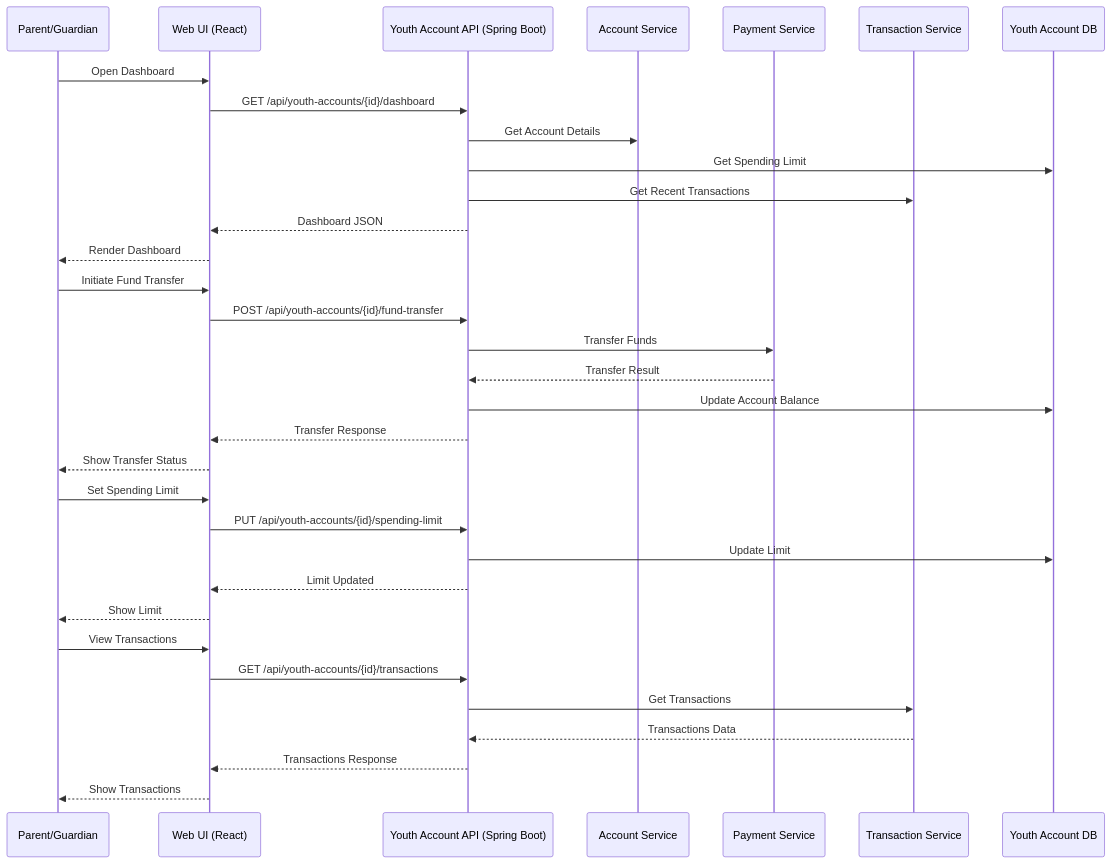
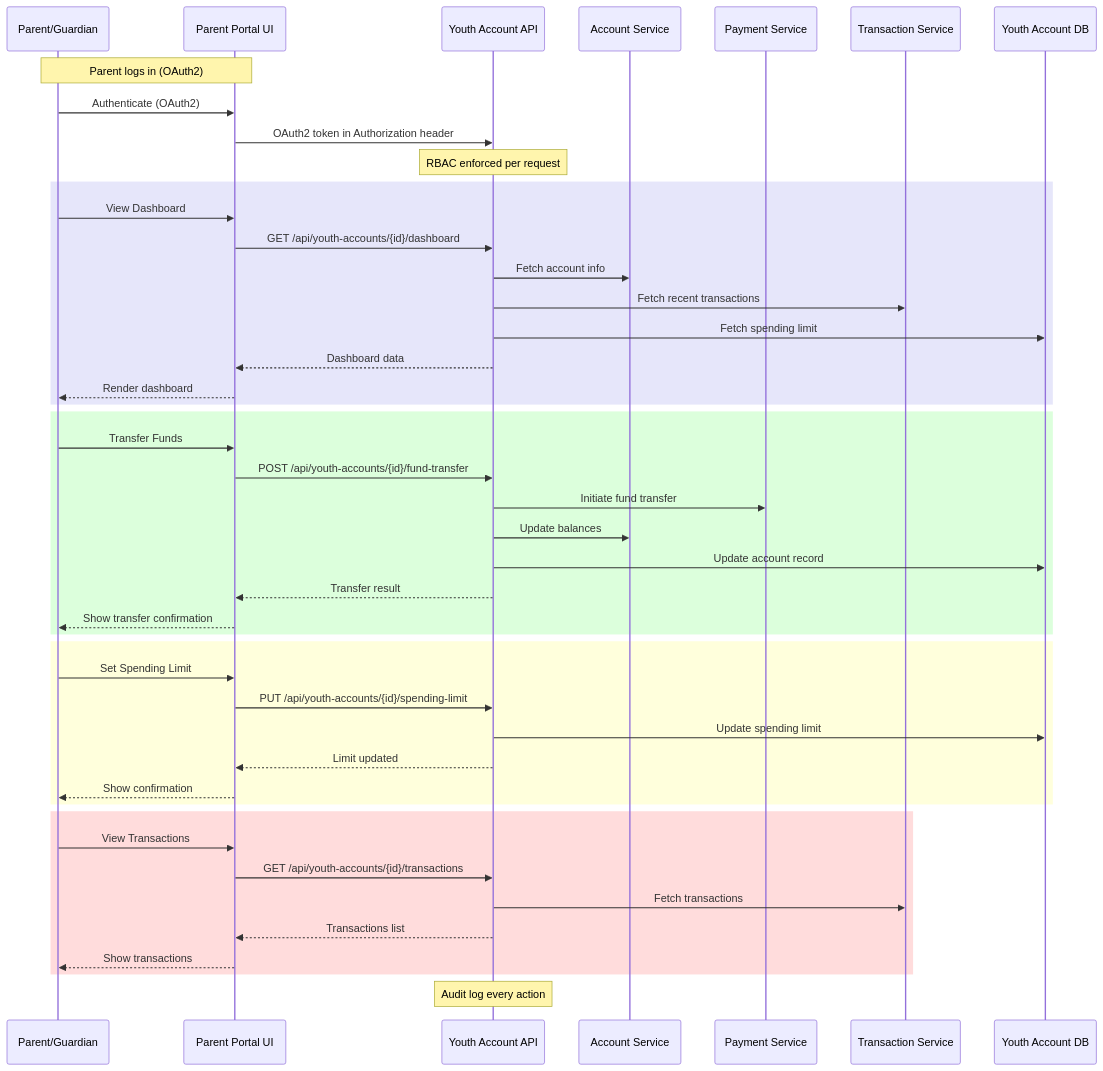
One commit to Ascend-Krithi/SCIB-Inception changed the diagram in Components and Sequence Diagrams/sequence_diagram.mmd. Above: the diagram before and after it, drawn with Mermaid. The commit also changed 1 other file, not shown here.

```diff
--- a/Components and Sequence Diagrams/sequence_diagram.mmd
+++ b/Components and Sequence Diagrams/sequence_diagram.mmd
@@ -1,42 +1,46 @@
-%% Sequence Diagram for Youth Account Management API (Mermaid)
+%% Sequence Diagram: Youth Account API (OAuth, RBAC, Audit Logging)
 sequenceDiagram
-  participant Parent as Parent/Guardian
-  participant UI as Web UI (React)
-  participant API as Youth Account API (Spring Boot)
-  participant Account as Account Service
-  participant Payment as Payment Service
-  participant Transaction as Transaction Service
-  participant DB as Youth Account DB
-
-  %% Dashboard Retrieval
-  Parent->>UI: Open Dashboard
-  UI->>API: GET /api/youth-accounts/{id}/dashboard
-  API->>Account: Get Account Details
-  API->>DB: Get Spending Limit
-  API->>Transaction: Get Recent Transactions
-  API-->>UI: Dashboard JSON
-  UI-->>Parent: Render Dashboard
-
-  %% Fund Transfer
-  Parent->>UI: Initiate Fund Transfer
-  UI->>API: POST /api/youth-accounts/{id}/fund-transfer
-  API->>Payment: Transfer Funds
-  Payment-->>API: Transfer Result
-  API->>DB: Update Account Balance
-  API-->>UI: Transfer Response
-  UI-->>Parent: Show Transfer Status
-
-  %% Set Spending Limit
-  Parent->>UI: Set Spending Limit
-  UI->>API: PUT /api/youth-accounts/{id}/spending-limit
-  API->>DB: Update Limit
-  API-->>UI: Limit Updated
-  UI-->>Parent: Show Limit
-
-  %% Transaction History
-  Parent->>UI: View Transactions
-  UI->>API: GET /api/youth-accounts/{id}/transactions
-  API->>Transaction: Get Transactions
-  Transaction-->>API: Transactions Data
-  API-->>UI: Transactions Response
-  UI-->>Parent: Show Transactions
+    participant Parent as Parent/Guardian
+    participant UI as Parent Portal UI
+    participant API as Youth Account API
+    participant Account as Account Service
+    participant Payment as Payment Service
+    participant Transaction as Transaction Service
+    participant DB as Youth Account DB
+    note over Parent,UI: Parent logs in (OAuth2)
+    Parent->>UI: Authenticate (OAuth2)
+    UI->>API: OAuth2 token in Authorization header
+    note over API: RBAC enforced per request
+    rect rgb(230,230,250)
+      Parent->>UI: View Dashboard
+      UI->>API: GET /api/youth-accounts/{id}/dashboard
+      API->>Account: Fetch account info
+      API->>Transaction: Fetch recent transactions
+      API->>DB: Fetch spending limit
+      API-->>UI: Dashboard data
+      UI-->>Parent: Render dashboard
+    end
+    rect rgb(220,255,220)
+      Parent->>UI: Transfer Funds
+      UI->>API: POST /api/youth-accounts/{id}/fund-transfer
+      API->>Payment: Initiate fund transfer
+      API->>Account: Update balances
+      API->>DB: Update account record
+      API-->>UI: Transfer result
+      UI-->>Parent: Show transfer confirmation
+    end
+    rect rgb(255,255,220)
+      Parent->>UI: Set Spending Limit
+      UI->>API: PUT /api/youth-accounts/{id}/spending-limit
+      API->>DB: Update spending limit
+      API-->>UI: Limit updated
+      UI-->>Parent: Show confirmation
+    end
+    rect rgb(255,220,220)
+      Parent->>UI: View Transactions
+      UI->>API: GET /api/youth-accounts/{id}/transactions
+      API->>Transaction: Fetch transactions
+      API-->>UI: Transactions list
+      UI-->>Parent: Show transactions
+    end
+    note over API: Audit log every action
```
